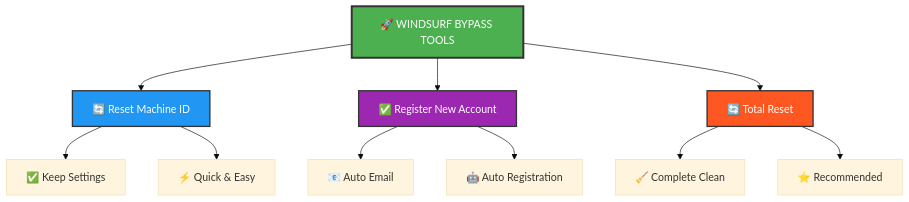
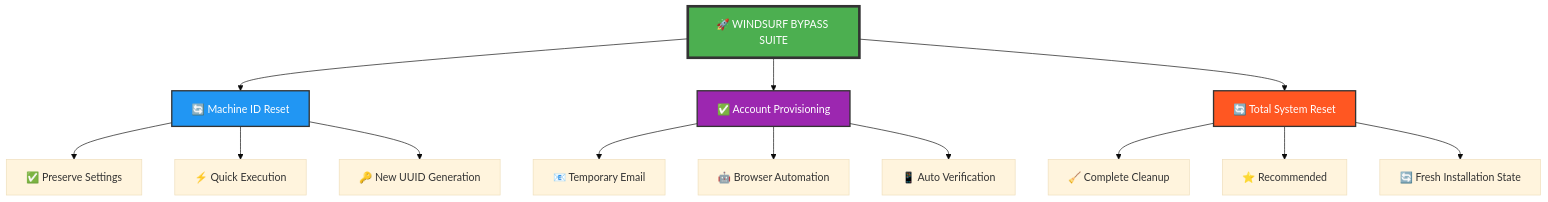
Before and after one commit to black12-ag/windsurf-bypass: the diagram in README.md, drawn with Mermaid (base theme). The commit also changed other lines of this file and 1 other file, not shown here.

````diff
--- a/README.md
+++ b/README.md
@@ -23,20 +60,23 @@
 ```mermaid
 graph TB
-    A[🚀 WINDSURF BYPASS TOOLS] --> B[🔄 Reset Machine ID]
-    A --> C[✅ Register New Account]
-    A --> D[🔄 Total Reset]
+    A[🚀 WINDSURF BYPASS SUITE] --> B[🔄 Machine ID Reset]
+    A --> C[✅ Account Provisioning]
+    A --> D[🔄 Total System Reset]
     
-    B --> E[✅ Keep Settings]
-    B --> F[⚡ Quick & Easy]
+    B --> E[✅ Preserve Settings]
+    B --> F[⚡ Quick Execution]
+    B --> G[🔑 New UUID Generation]
     
-    C --> G[📧 Auto Email]
-    C --> H[🤖 Auto Registration]
+    C --> H[📧 Temporary Email]
+    C --> I[🤖 Browser Automation]
+    C --> J[📱 Auto Verification]
     
-    D --> I[🧹 Complete Clean]
-    D --> J[⭐ Recommended]
+    D --> K[🧹 Complete Cleanup]
+    D --> L[⭐ Recommended]
+    D --> M[🔄 Fresh Installation State]
     
-    style A fill:#4CAF50,stroke:#333,stroke-width:3px,color:#fff
+    style A fill:#4CAF50,stroke:#333,stroke-width:4px,color:#fff
     style B fill:#2196F3,stroke:#333,stroke-width:2px,color:#fff
     style C fill:#9C27B0,stroke:#333,stroke-width:2px,color:#fff
     style D fill:#FF5722,stroke:#333,stroke-width:2px,color:#fff
 ```
````
